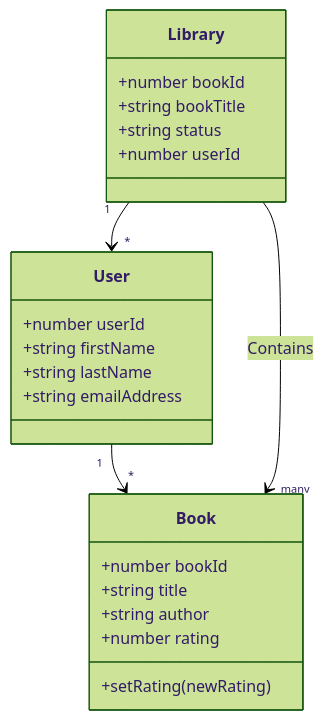
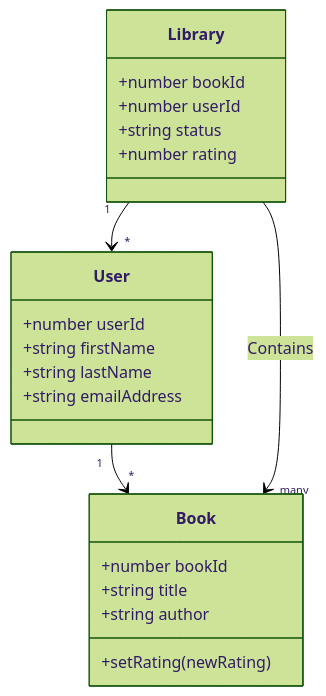
Before and after one commit to hannahnobeebux/express-library-app: the diagram in diagrams/library.mmd, drawn with Mermaid (forest theme). The commit also changed 9 other files, not shown here.

```diff
--- a/diagrams/library.mmd
+++ b/diagrams/library.mmd
@@ -1,34 +1,34 @@
 classDiagram 
 
     one library can have many users
     Library "1" --> "*" User 
 
     one user can borrow many books
     User "1" --> "*" Book 
 
     one library can have many books 
     Library --> "many" Book : Contains
 
 
 
     class User {
         +number userId
         +string firstName 
         +string lastName 
         +string emailAddress
     }
 
     class Book {
         +number bookId
         +string title 
         +string author 
-        +number rating
         +setRating(newRating)
     }
 
     class Library {
         +number bookId
-        +string bookTitle 
+        +number userId
         +string status 
-        +number userId
+        +number rating
+        
     }
```
